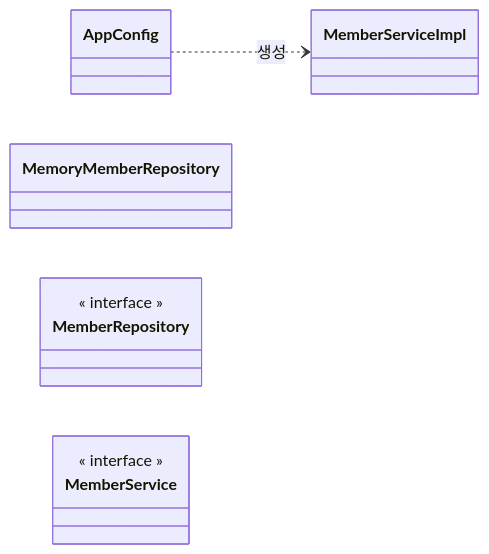
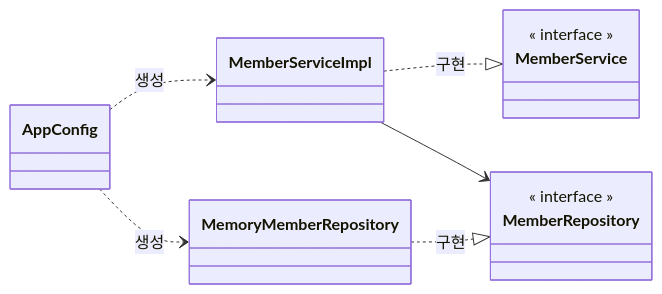
Before and after one commit to choiexe1/blog: the third of 3 diagrams in content/Resources/프로그래밍/Java/3. Spring/1. 기본/스프링 핵심 원리 1. 예제 만들기.md, drawn with Mermaid. The commit also changed other lines of this file, not shown here.

````diff
--- a/content/Resources/프로그래밍/Java/3. Spring/1. 기본/스프링 핵심 원리 1. 예제 만들기.md
+++ b/content/Resources/프로그래밍/Java/3. Spring/1. 기본/스프링 핵심 원리 1. 예제 만들기.md
@@ -299,11 +299,15 @@
 ```mermaid
 classDiagram
 direction LR
 class AppConfig
 class MemoryMemberRepository
 class MemberServiceImpl
 class MemberRepository { << interface >> }
 class MemberService { << interface >> }
 
 AppConfig ..> MemberServiceImpl : 생성
+AppConfig ..> MemoryMemberRepository: 생성
+MemberServiceImpl ..|> MemberService : 구현
+MemberServiceImpl --> MemberRepository
+MemoryMemberRepository ..|> MemberRepository : 구현
 ```
````
